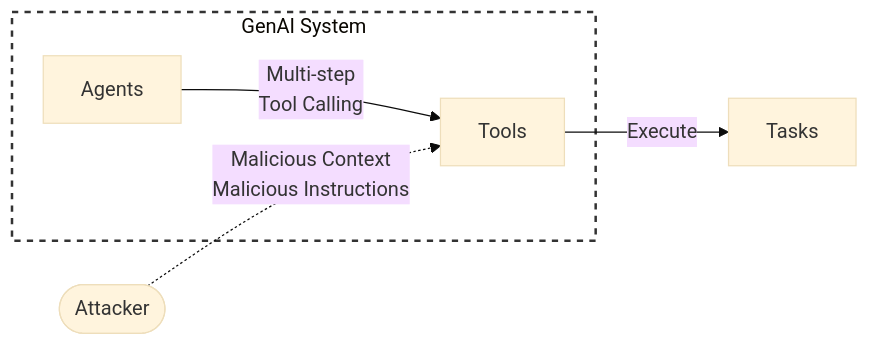
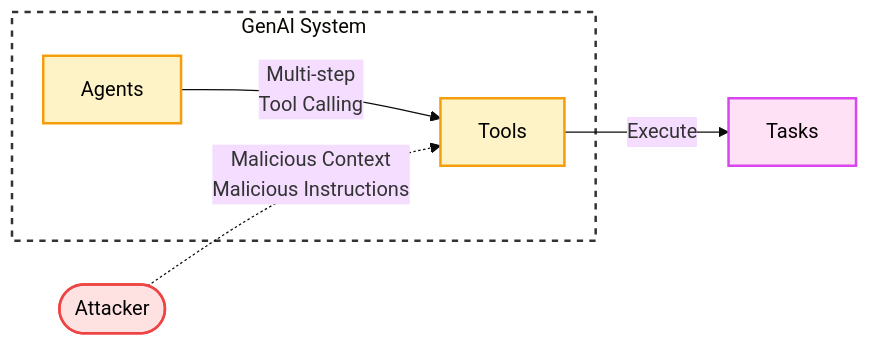
One commit to felipepenha/gurple changed the eighth of 12 diagrams in docs/attack_entry_points/index.md. Above: the diagram before and after it, drawn with Mermaid (base theme). The commit also changed other lines of this file and 1 other file, not shown here.

Commit message:
style(entry-points): standardize mermaid diagrams and font styling

````diff
--- a/docs/attack_entry_points/index.md
+++ b/docs/attack_entry_points/index.md
@@ -137,15 +195,24 @@
     ```mermaid
     graph LR
 
-        subgraph dashed_box [GenAI System]
-            Agents[Agents]
-            Tools[Tools]
+        subgraph dashed_box ["GenAI System"]
+            Agents["Agents"]
+            Tools["Tools"]
         end
 
-        Agents --> |Multi-step<br />Tool Calling| Tools
-        Attacker([Attacker]) -.-> |Malicious Context<br /> Malicious Instructions| Tools
+        Agents -->|"Multi-step<br />Tool Calling"| Tools
+        Attacker(["Attacker"]) -.->|"Malicious Context<br />Malicious Instructions"| Tools
 
-        Tools -->|Execute| Tasks[Tasks]
+        Tools -->|"Execute"| Tasks["Tasks"]
+
+        classDef red fill:#fee2e2,stroke:#ef4444,stroke-width:2px,color:#000;
+        classDef yellow fill:#fef3c7,stroke:#f59e0b,stroke-width:2px,color:#000;
+        classDef blue fill:#e0e7ff,stroke:#5f6de9,stroke-width:2px,color:#000;
+        classDef purple fill:#ffe1f5,stroke:#d946ef,stroke-width:2px,color:#000;
+
+        class Attacker red;
+        class Agents,Tools yellow;
+        class Tasks purple;
 
         style dashed_box stroke-dasharray: 5 5, fill:none,stroke:#333,stroke-width:2px;
     ```
````
